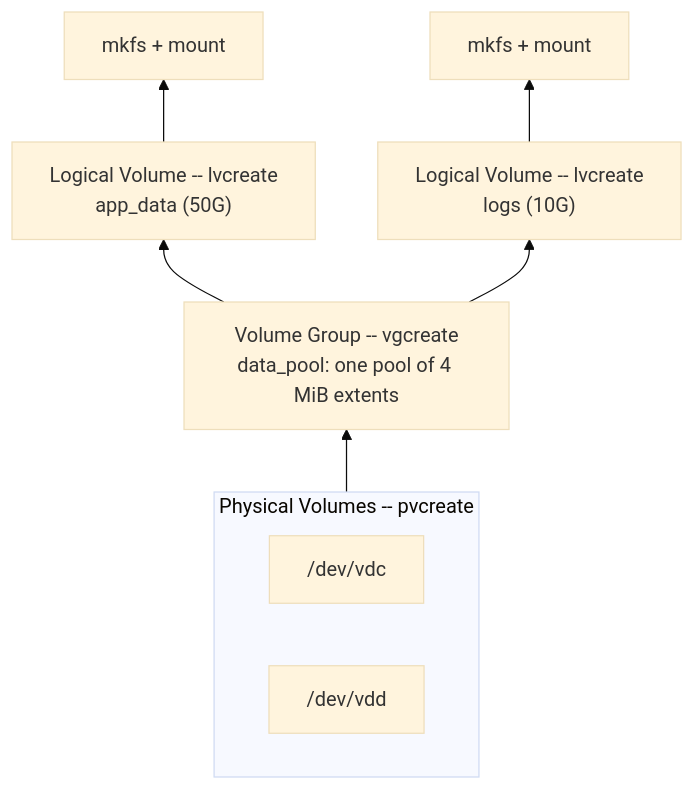
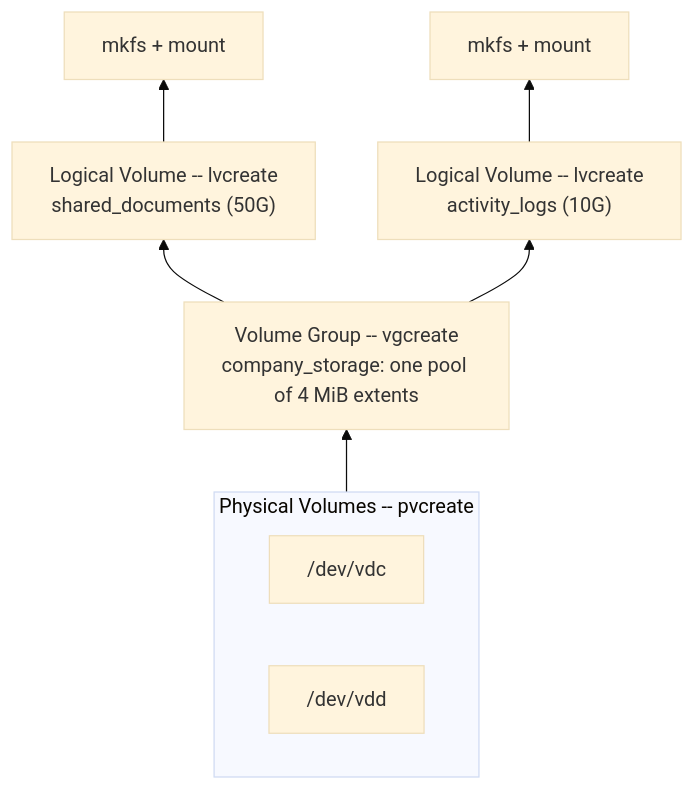
One commit to astrona-io/ATS004 changed the diagram in sections/section-030/module-01/course-01-why-lvm-and-the-stack.md. Above: the diagram before and after it, drawn with Mermaid (base theme). The commit also changed other lines of this file and 10 other files, not shown here.

````diff
--- a/sections/section-030/module-01/course-01-why-lvm-and-the-stack.md
+++ b/sections/section-030/module-01/course-01-why-lvm-and-the-stack.md
@@ -34,13 +48,13 @@
 ```mermaid
 flowchart BT
     subgraph PVs["Physical Volumes -- pvcreate"]
         direction LR
         PV1["/dev/vdc"]
         PV2["/dev/vdd"]
     end
-    PVs --> VG["Volume Group -- vgcreate<br/>data_pool: one pool of 4 MiB extents"]
-    VG --> LV1["Logical Volume -- lvcreate<br/>app_data (50G)"]
-    VG --> LV2["Logical Volume -- lvcreate<br/>logs (10G)"]
+    PVs --> VG["Volume Group -- vgcreate<br/>company_storage: one pool of 4 MiB extents"]
+    VG --> LV1["Logical Volume -- lvcreate<br/>shared_documents (50G)"]
+    VG --> LV2["Logical Volume -- lvcreate<br/>activity_logs (10G)"]
     LV1 --> FS1["mkfs + mount"]
     LV2 --> FS2["mkfs + mount"]
 ```
````
